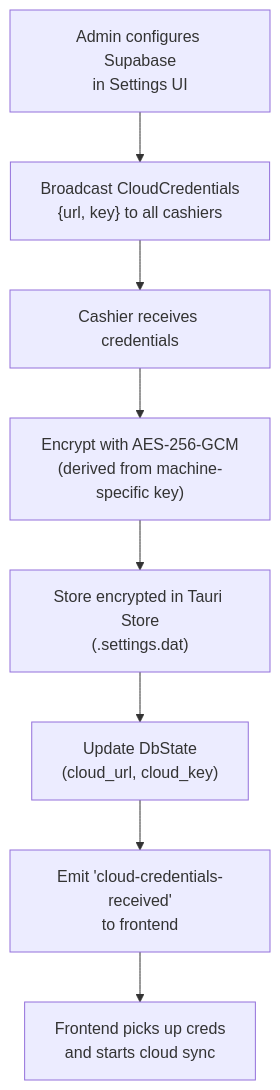
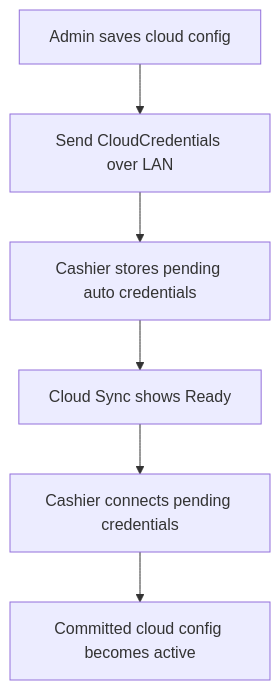
One commit to BootlegYouki/at-iba-pa-pos changed the second of 5 diagrams in docs/05-cloud-sync.md. Above: the diagram before and after it, drawn with Mermaid. The commit also changed other lines of this file and 10 other files, not shown here.

First line of the commit message:
Refactor user guide and database schema documentation; enhance export reports feature

````diff
--- a/docs/05-cloud-sync.md
+++ b/docs/05-cloud-sync.md
@@ -53,10 +64,8 @@
 ```mermaid
 flowchart TD
-    AdminConfig["Admin configures Supabase\nin Settings UI"] --> BroadcastCreds["Broadcast CloudCredentials\n{url, key} to all cashiers"]
-    BroadcastCreds --> CashierReceive["Cashier receives credentials"]
-    CashierReceive --> Encrypt["Encrypt with AES-256-GCM\n(derived from machine-specific key)"]
-    Encrypt --> Store["Store encrypted in Tauri Store\n(.settings.dat)"]
-    Store --> UpdateState["Update DbState\n(cloud_url, cloud_key)"]
-    UpdateState --> EmitEvent["Emit 'cloud-credentials-received'\nto frontend"]
-    EmitEvent --> StartSync["Frontend picks up creds\nand starts cloud sync"]
+    Admin["Admin saves cloud config"] --> Broadcast["Send CloudCredentials over LAN"]
+    Broadcast --> Cashier["Cashier stores pending auto credentials"]
+    Cashier --> Ready["Cloud Sync shows Ready"]
+    Ready --> Connect["Cashier connects pending credentials"]
+    Connect --> Active["Committed cloud config becomes active"]
 ```
````
